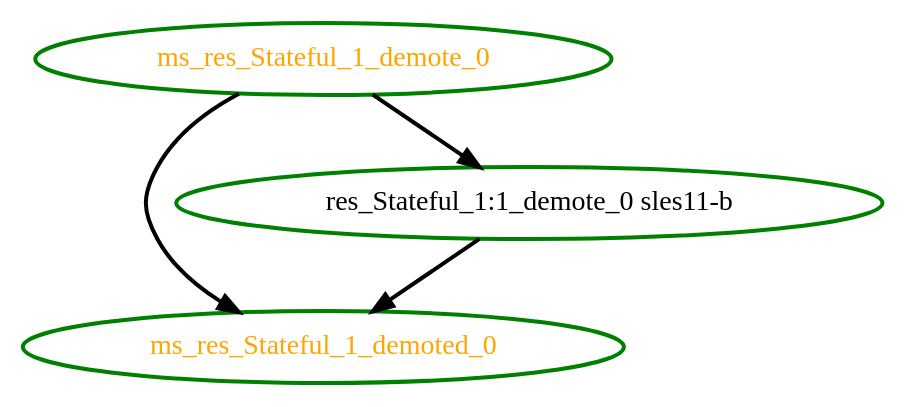
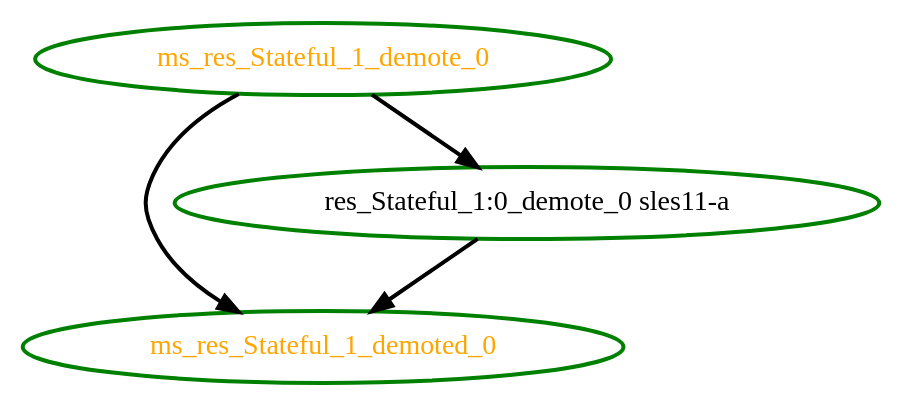
Before and after one commit to ystk/debian-pacemaker: the diagram in pengine/test10/master-role.dot, drawn with Graphviz. The commit also changed 5363 other files, not shown here.

```diff
--- a/pengine/test10/master-role.dot
+++ b/pengine/test10/master-role.dot
@@ -1,8 +1,8 @@
 digraph "g" {
 "ms_res_Stateful_1_demote_0" -> "ms_res_Stateful_1_demoted_0" [ style = bold]
-"ms_res_Stateful_1_demote_0" -> "res_Stateful_1:1_demote_0 sles11-b" [ style = bold]
-"ms_res_Stateful_1_demote_0" [ style=bold color="green" fontcolor="orange"  ]
-"ms_res_Stateful_1_demoted_0" [ style=bold color="green" fontcolor="orange"  ]
-"res_Stateful_1:1_demote_0 sles11-b" -> "ms_res_Stateful_1_demoted_0" [ style = bold]
-"res_Stateful_1:1_demote_0 sles11-b" [ style=bold color="green" fontcolor="black"  ]
+"ms_res_Stateful_1_demote_0" -> "res_Stateful_1:0_demote_0 sles11-a" [ style = bold]
+"ms_res_Stateful_1_demote_0" [ style=bold color="green" fontcolor="orange" ]
+"ms_res_Stateful_1_demoted_0" [ style=bold color="green" fontcolor="orange" ]
+"res_Stateful_1:0_demote_0 sles11-a" -> "ms_res_Stateful_1_demoted_0" [ style = bold]
+"res_Stateful_1:0_demote_0 sles11-a" [ style=bold color="green" fontcolor="black"]
 }
```
